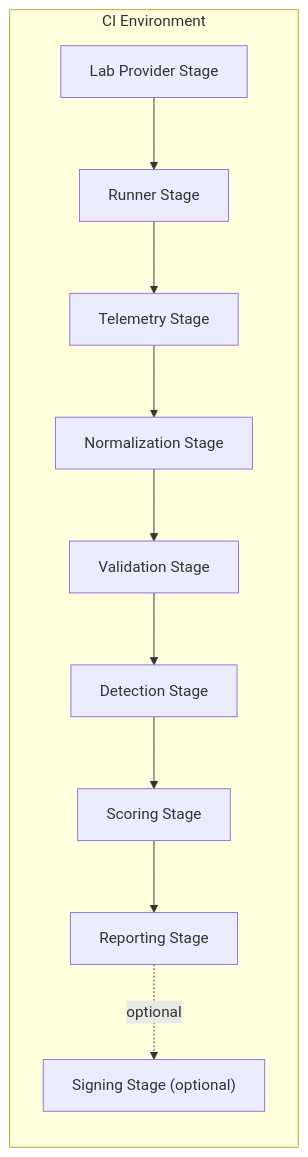
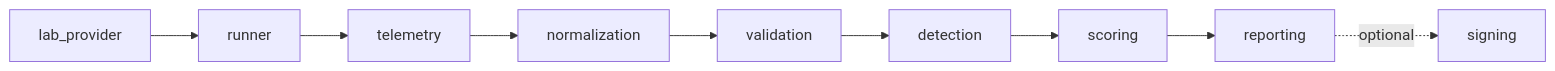
The second of 4 diagrams in README.md (JochiRaider/purple-axiom), drawn with Mermaid before and after one commit. The commit also changed other lines of this file, not shown here.

````diff
--- a/README.md
+++ b/README.md
@@ -148,22 +196,11 @@
 ```mermaid
 flowchart LR
-  subgraph ci_environment["CI Environment"]
-    lab_provider["Lab Provider Stage"]
-    runner["Runner Stage"]
-    telemetry["Telemetry Stage"]
-    normalization["Normalization Stage"]
-    validation["Validation Stage"]
-    detection["Detection Stage"]
-    scoring["Scoring Stage"]
-    reporting["Reporting Stage"]
-    signing["Signing Stage (optional)"]
-  end
-  lab_provider --> runner
-  runner --> telemetry
-  telemetry --> normalization
-  normalization --> validation
-  validation --> detection
-  detection --> scoring
-  scoring --> reporting
-  reporting -. "optional" .-> signing
+  lab_provider["lab_provider"] --> runner["runner"]
+  runner --> telemetry["telemetry"]
+  telemetry --> normalization["normalization"]
+  normalization --> validation["validation"]
+  validation --> detection["detection"]
+  detection --> scoring["scoring"]
+  scoring --> reporting["reporting"]
+  reporting -. "optional" .-> signing["signing"]
 ```
````
